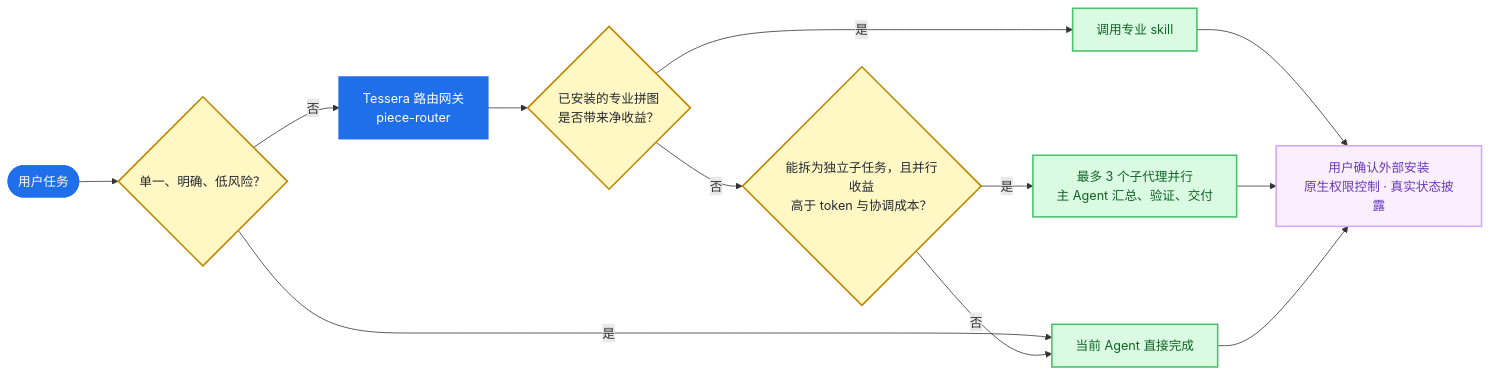
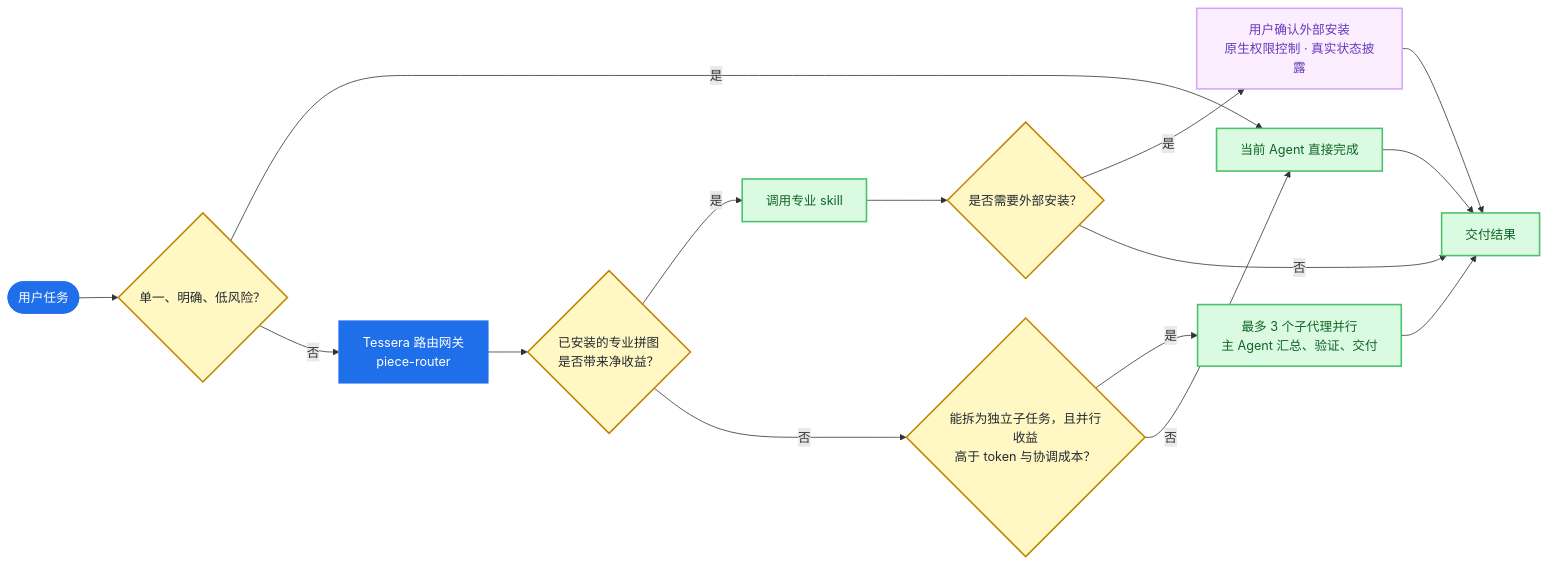
Before and after one commit to gloamere/Tessera: the diagram in README.md, drawn with Mermaid. The commit also changed other lines of this file and 31 other files, not shown here.

````diff
--- a/README.md
+++ b/README.md
@@ -18,23 +18,26 @@
 ```mermaid
 flowchart LR
     U([用户任务]) --> D{单一、明确、低风险？}
     D -- 是 --> A[当前 Agent 直接完成]
     D -- 否 --> R[Tessera 路由网关<br/>piece-router]
     R --> P{已安装的专业拼图<br/>是否带来净收益？}
     P -- 是 --> S[调用专业 skill]
     P -- 否 --> C{能拆为独立子任务，且并行收益<br/>高于 token 与协调成本？}
     C -- 是 --> M[最多 3 个子代理并行<br/>主 Agent 汇总、验证、交付]
     C -- 否 --> A
-    S --> G[用户确认外部安装<br/>原生权限控制 · 真实状态披露]
-    M --> G
-    A --> G
+    S --> E{是否需要外部安装？}
+    E -- 是 --> G[用户确认外部安装<br/>原生权限控制 · 真实状态披露]
+    E -- 否 --> O[交付结果]
+    M --> O
+    A --> O
+    G --> O
 
     classDef entry fill:#1f6feb,color:#fff,stroke:#1f6feb,stroke-width:2px;
     classDef decision fill:#fff8c5,color:#24292f,stroke:#bf8700,stroke-width:2px;
     classDef action fill:#dafbe1,color:#116329,stroke:#4ac26b,stroke-width:2px;
     classDef guard fill:#fbefff,color:#6639ba,stroke:#d2a8ff,stroke-width:2px;
     class U,R entry;
-    class D,P,C decision;
-    class A,S,M action;
+    class D,P,C,E decision;
+    class A,S,M,O action;
     class G guard;
 ```
````
